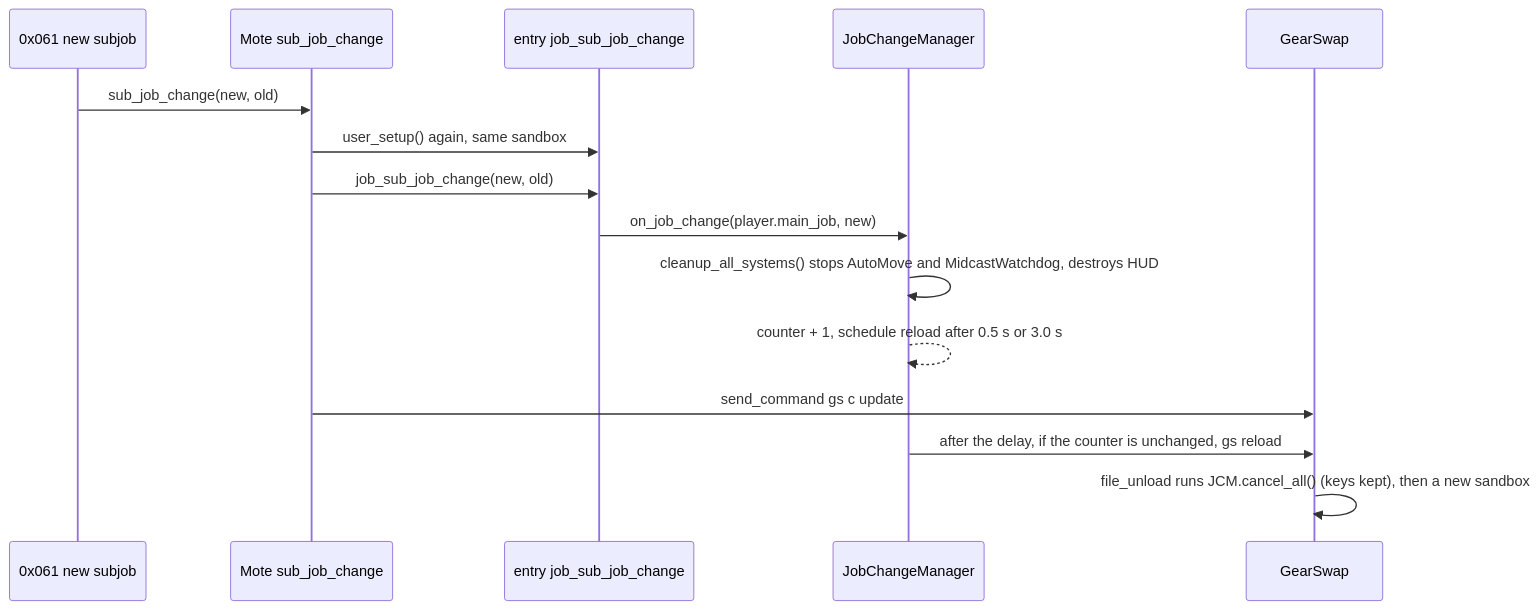
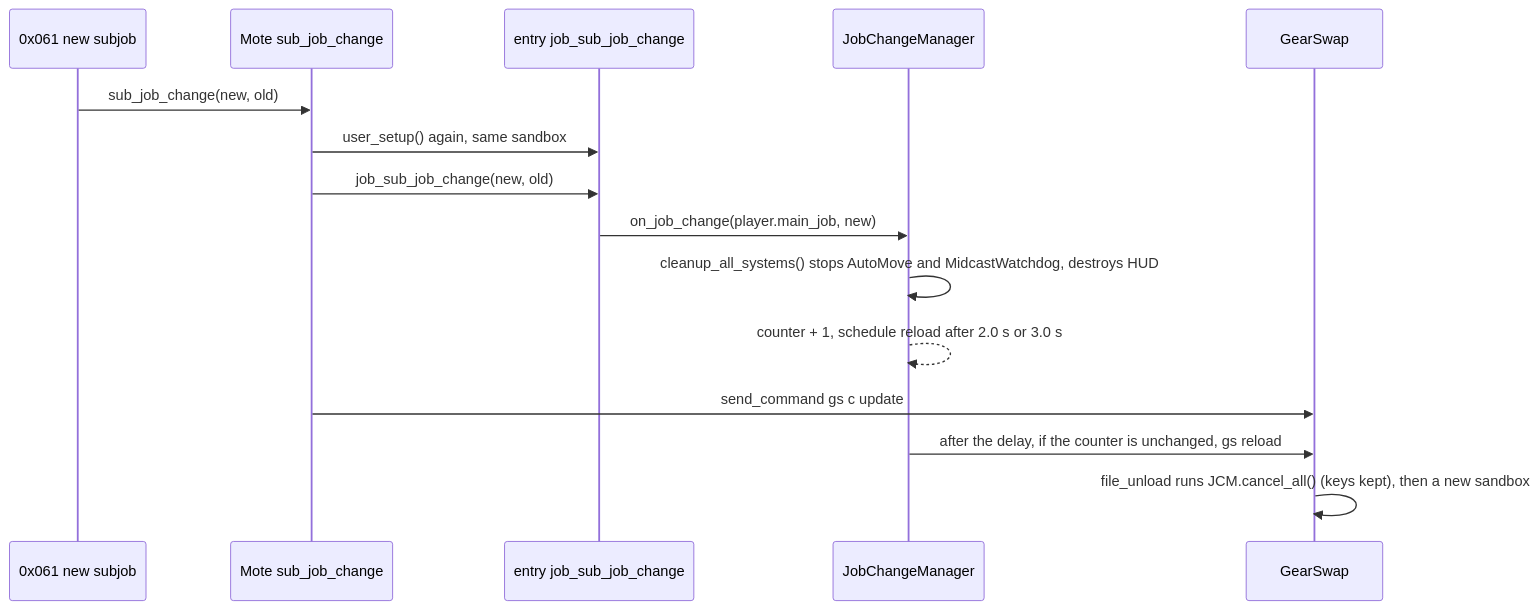
One commit to ejouanchicot/Gearswap changed the third of 4 diagrams in docs/dev/systems/core-lifecycle.md. Above: the diagram before and after it, drawn with Mermaid. The commit also changed other lines of this file and 94 other files, not shown here.

````diff
--- a/docs/dev/systems/core-lifecycle.md
+++ b/docs/dev/systems/core-lifecycle.md
@@ -235,17 +236,17 @@
 ```mermaid
 sequenceDiagram
     participant Srv as 0x061 new subjob
     participant Mote as Mote sub_job_change
     participant Entry as entry job_sub_job_change
     participant JCM as JobChangeManager
     participant GS as GearSwap
     Srv->>Mote: sub_job_change(new, old)
     Mote->>Entry: user_setup() again, same sandbox
     Mote->>Entry: job_sub_job_change(new, old)
     Entry->>JCM: on_job_change(player.main_job, new)
     JCM->>JCM: cleanup_all_systems() stops AutoMove and MidcastWatchdog, destroys HUD
-    JCM-->>JCM: counter + 1, schedule reload after 0.5 s or 3.0 s
+    JCM-->>JCM: counter + 1, schedule reload after 2.0 s or 3.0 s
     Mote->>GS: send_command gs c update
     JCM->>GS: after the delay, if the counter is unchanged, gs reload
     GS->>GS: file_unload runs JCM.cancel_all() (keys kept), then a new sandbox
 ```
````
